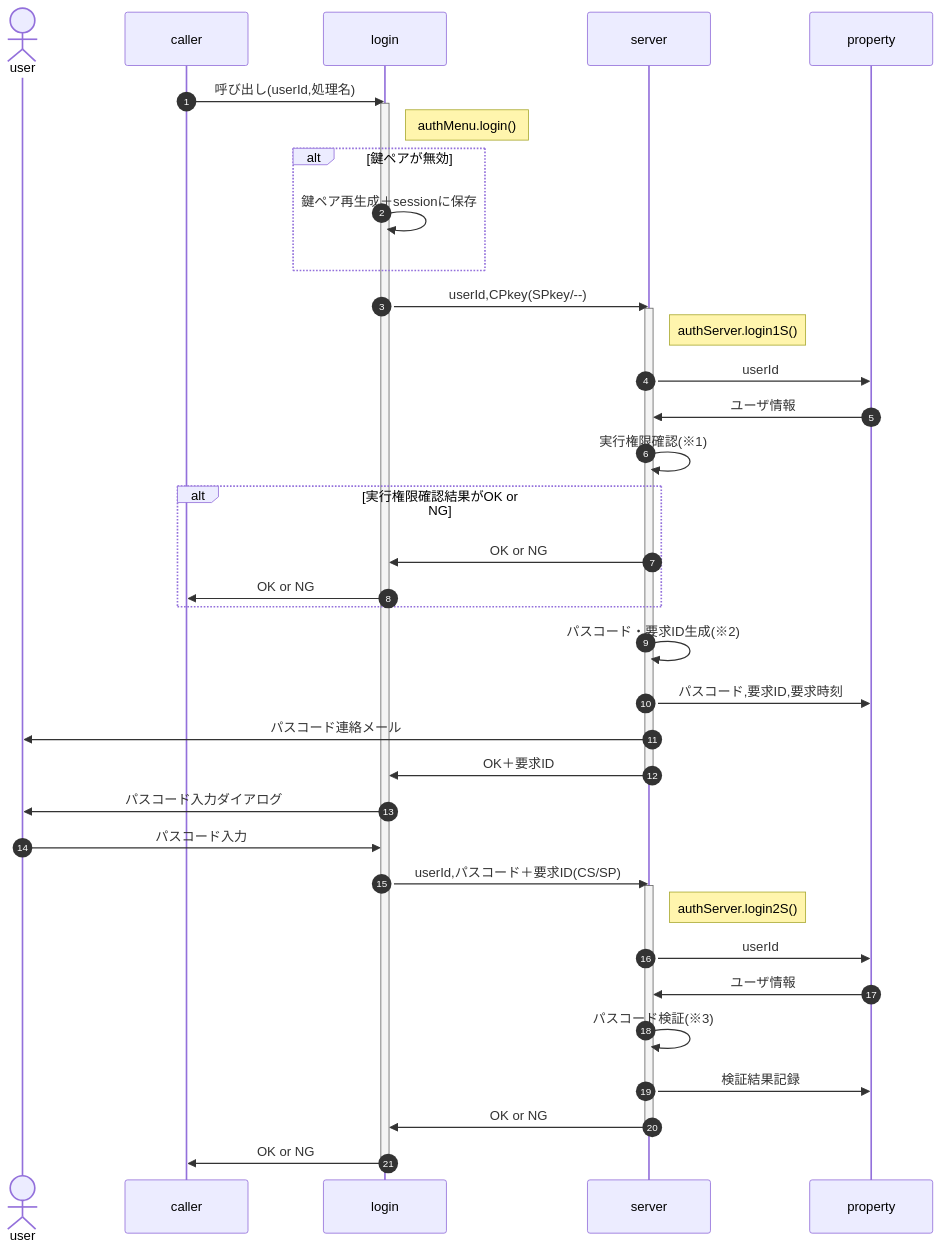
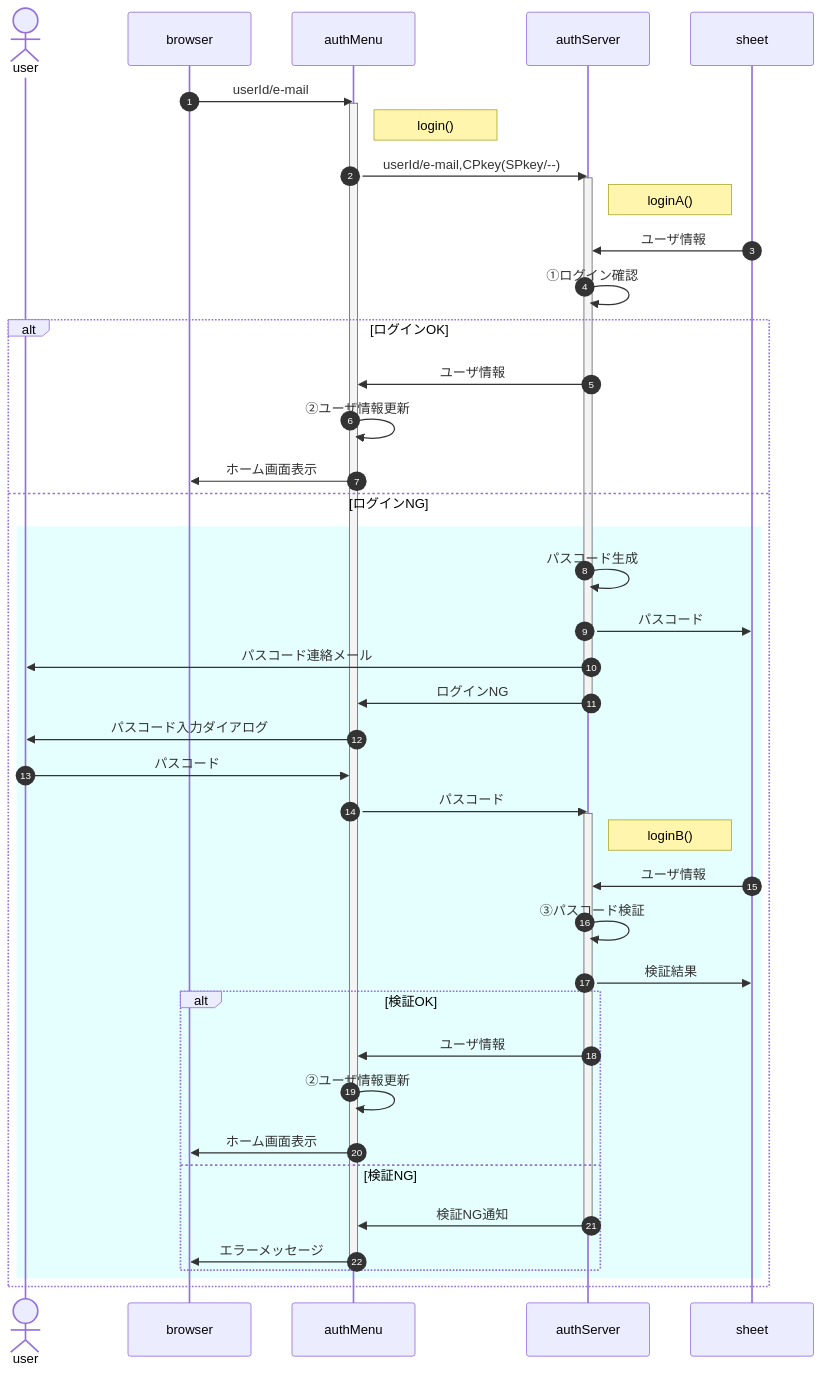
Before and after one commit to nakaone/library: the third of 6 diagrams in authMenu/1.0.0/readme.md, drawn with Mermaid. The commit also changed other lines of this file and 4 other files, not shown here.

````diff
--- a/authMenu/1.0.0/readme.md
+++ b/authMenu/1.0.0/readme.md
@@ -2746,47 +2797,49 @@
 ```mermaid
 sequenceDiagram
   autonumber
   actor user
-  participant caller
-  participant login
-  participant server
-  participant property
+  participant browser
+  participant client as authMenu
+  participant server as authServer
+  participant sheet
 
-  caller ->> login : 呼び出し(userId,処理名)
-  activate login
-  Note right of login : authMenu.login()
-  alt 鍵ペアが無効
-    login ->> login : 鍵ペア再生成＋sessionに保存
+  browser ->> client : userId/e-mail
+  activate client
+  Note right of client : login()
+  client ->> server : userId/e-mail,CPkey(SPkey/--)
+  activate server
+  Note right of server : loginA()
+  sheet ->> server : ユーザ情報
+  server ->> server : ①ログイン確認
+  alt ログインOK
+    server ->> client : ユーザ情報
+    client ->> client : ②ユーザ情報更新
+    client ->> browser : ホーム画面表示
+  else ログインNG
+    rect rgba(0, 255, 255, 0.1)
+      server ->> server : パスコード生成
+      server ->> sheet : パスコード
+      server ->> user : パスコード連絡メール
+      server ->> client : ログインNG
+      deactivate server
+      client ->> user : パスコード入力ダイアログ
+      user ->> client : パスコード
+      client ->> server : パスコード
+      activate server
+      Note right of server : loginB()
+      sheet ->> server : ユーザ情報
+      server ->> server : ③パスコード検証
+      server ->> sheet : 検証結果
+      alt 検証OK
+        server ->> client : ユーザ情報
+        client ->> client : ②ユーザ情報更新
+        client ->> browser : ホーム画面表示
+      else 検証NG
+        server ->> client : 検証NG通知
+        deactivate server
+        client ->> browser : エラーメッセージ
+      end
+      deactivate client
+    end
   end
-
-  login ->> server : userId,CPkey(SPkey/--)
-  activate server
-  Note right of server : authServer.login1S()
-  server ->> property : userId
-  property ->> server  : ユーザ情報
-  server ->> server : 実行権限確認(※1)
-  alt 実行権限確認結果がOK or NG
-    server ->> login : OK or NG
-    login ->> caller : OK or NG
-  end
-
-  server ->> server : パスコード・要求ID生成(※2)
-  server ->> property : パスコード,要求ID,要求時刻
-  server ->> user : パスコード連絡メール
-  server ->> login : OK＋要求ID
-  deactivate server
-  login ->> user : パスコード入力ダイアログ
-
-  user ->> login : パスコード入力
-  login ->> server : userId,パスコード＋要求ID(CS/SP)
-  activate server
-  Note right of server : authServer.login2S()
-  server ->> property : userId
-  property ->> server : ユーザ情報
-  server ->> server : パスコード検証(※3)
-  server ->> property : 検証結果記録
-  server ->> login : OK or NG
-  deactivate server
-  login ->> caller : OK or NG
-  deactivate login
 ```
````
